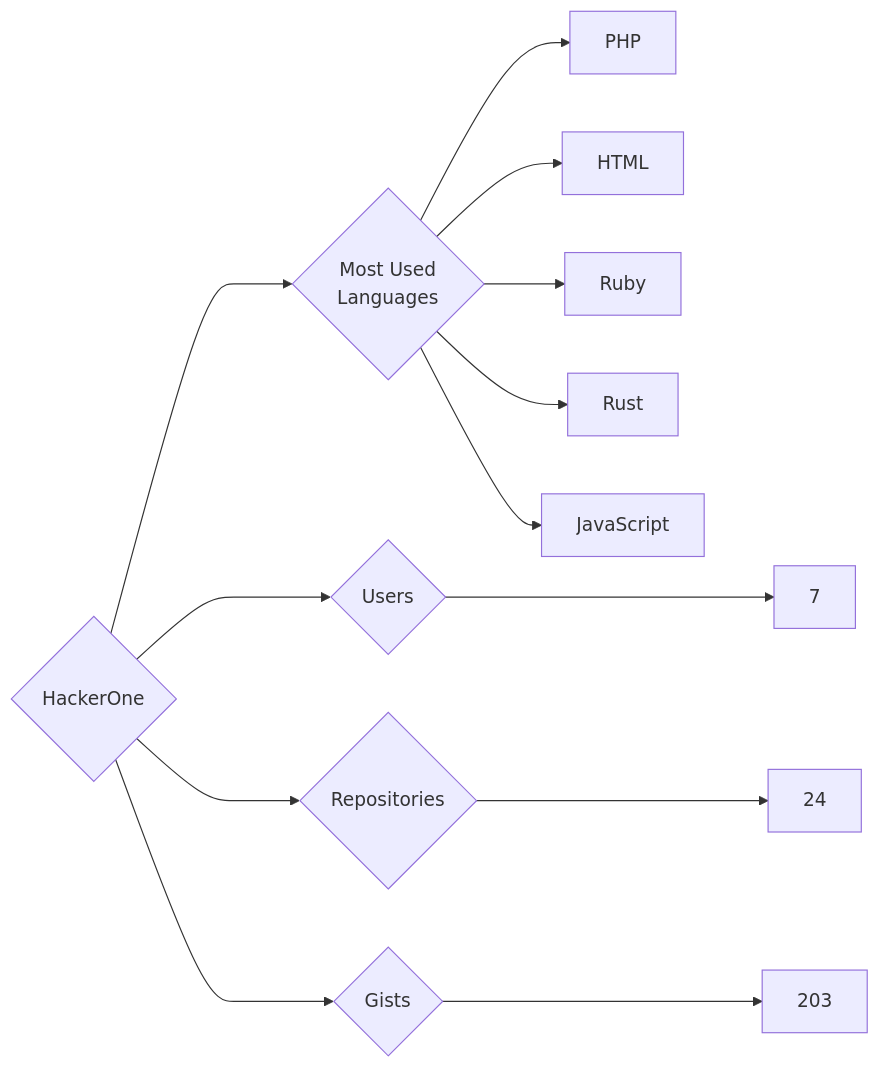
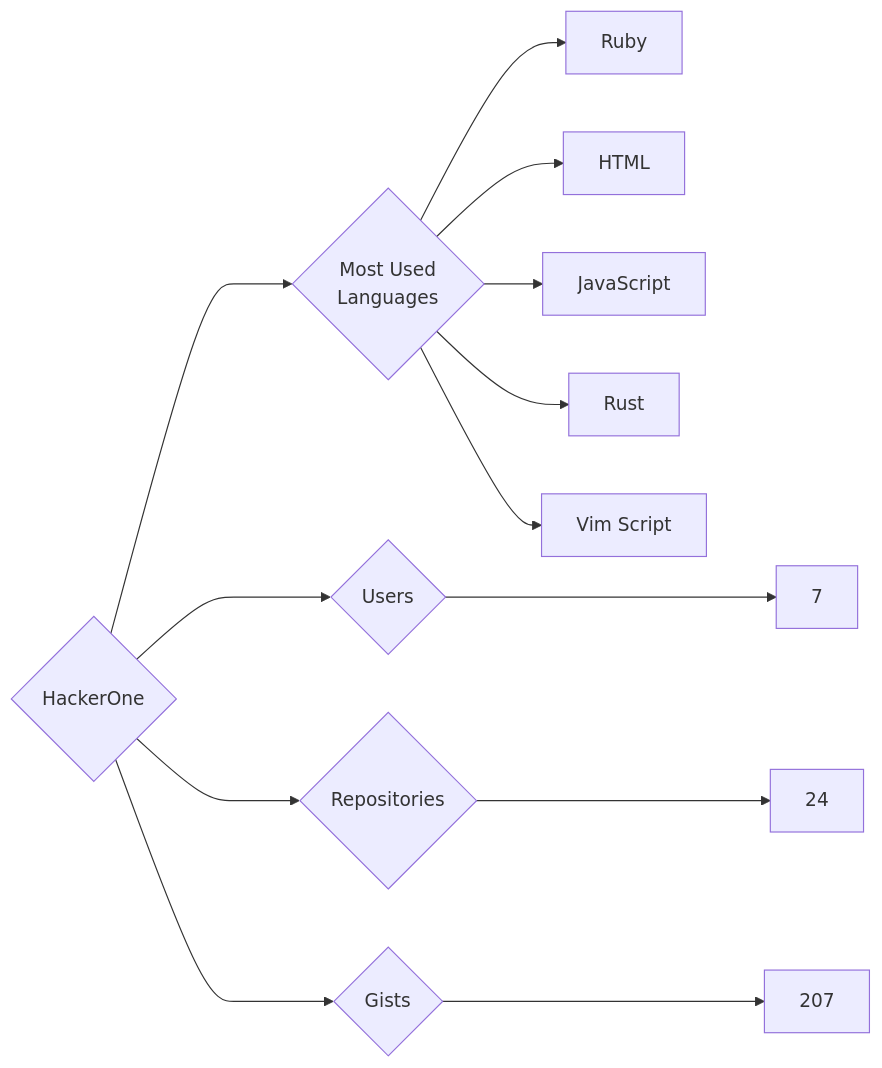
Before and after one commit to trickest/insiders: the diagram in targets/HackerOne/README.md, drawn with Mermaid. The commit also changed 997 other files, not shown here.

````diff
--- a/targets/HackerOne/README.md
+++ b/targets/HackerOne/README.md
@@ -3,13 +3,13 @@
 ```mermaid
 graph LR
 COMPANY_NAME{HackerOne}
 COMPANY_NAME ---> U{Users} ---> UN[7]
 COMPANY_NAME ---> R{Repositories} ---> RN[24]
-COMPANY_NAME ---> G{Gists} ---> GN[203]
+COMPANY_NAME ---> G{Gists} ---> GN[207]
 COMPANY_NAME ---> ML{Most Used<br>Languages}
-ML --> PHP[PHP]
+ML --> Ruby[Ruby]
 ML --> HTML[HTML]
-ML --> Ruby[Ruby]
+ML --> JavaScript[JavaScript]
 ML --> Rust[Rust]
-ML --> JavaScript[JavaScript]
+ML --> Vim_Script[Vim Script]
 ```
````
